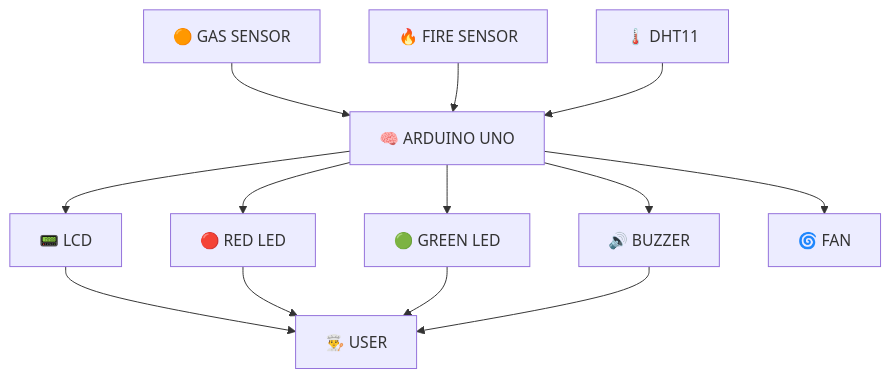
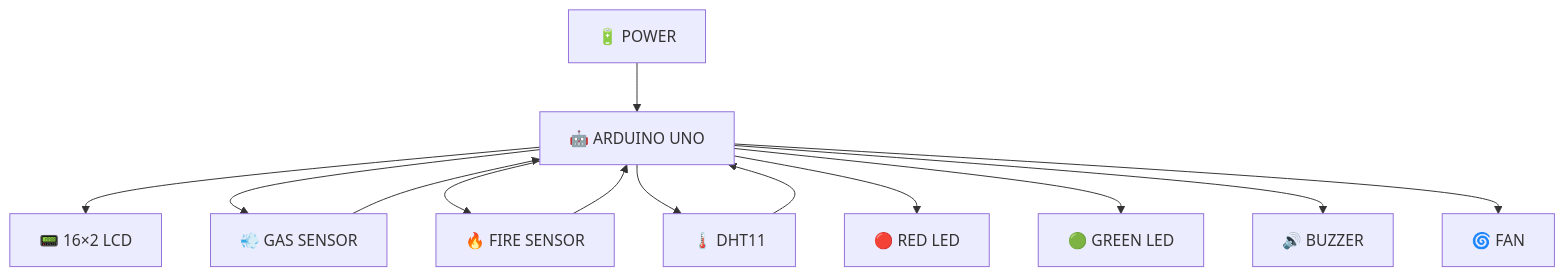
Before and after one commit to AkashAnnamalai/Kitchen-Monitoring-Systems: diagram 13 of 16 in README.md, drawn with Mermaid. The commit also changed other lines of this file, not shown here.

````diff
--- a/README.md
+++ b/README.md
@@ -783,18 +693,18 @@
 ```mermaid
-graph TD
+flowchart TB
+    P["🔋 POWER"] --> A["🤖 ARDUINO UNO"]
 
-    A["🟠 GAS SENSOR"] --> D["🧠 ARDUINO UNO"]
-    B["🔥 FIRE SENSOR"] --> D
-    C["🌡️ DHT11"] --> D
+    A --> LCD["📟 16×2 LCD"]
+    A --> GAS["💨 GAS SENSOR"]
+    A --> FIRE["🔥 FIRE SENSOR"]
+    A --> DHT["🌡️ DHT11"]
 
-    D --> E["📟 LCD"]
-    D --> F["🔴 RED LED"]
-    D --> G["🟢 GREEN LED"]
-    D --> H["🔊 BUZZER"]
-    D --> I["🌀 FAN"]
+    A --> RED["🔴 RED LED"]
+    A --> GREEN["🟢 GREEN LED"]
+    A --> BUZZER["🔊 BUZZER"]
+    A --> FAN["🌀 FAN"]
 
-    E --> J["👨‍🍳 USER"]
-    F --> J
-    G --> J
-    H --> J
+    GAS --> A
+    FIRE --> A
+    DHT --> A
 ```
````
